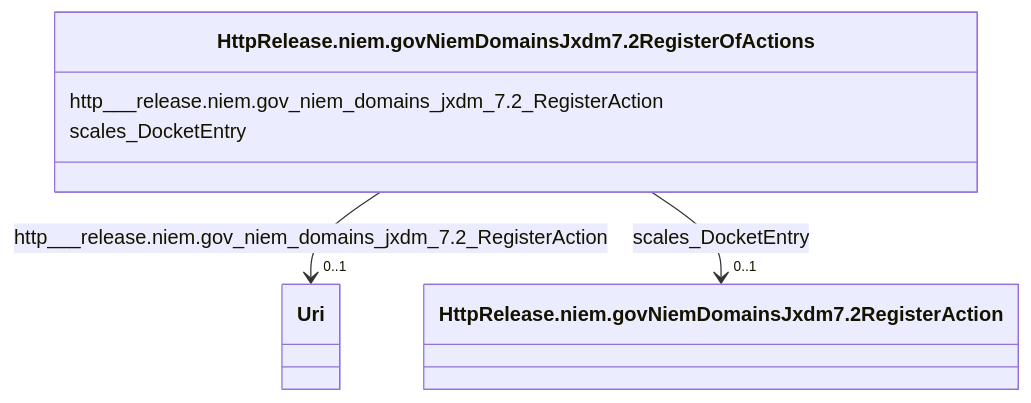
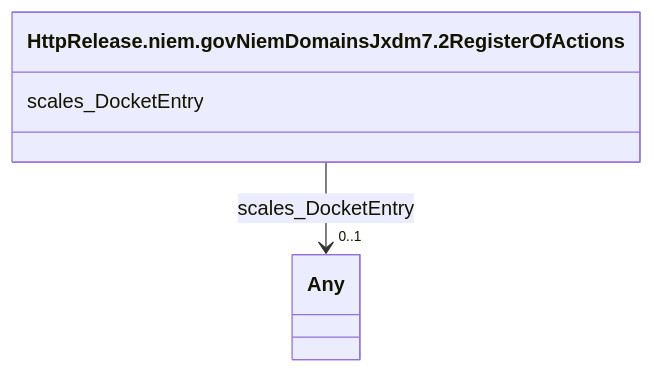
One commit to frink-okn/graph-descriptions changed the diagram in scales-kg/classes/HttpRelease.niem.govNiemDomainsJxdm7.2RegisterOfActions.md. Above: the diagram before and after it, drawn with Mermaid. The commit also changed other lines of this file and 286 other files, not shown here.

````diff
--- a/scales-kg/classes/HttpRelease.niem.govNiemDomainsJxdm7.2RegisterOfActions.md
+++ b/scales-kg/classes/HttpRelease.niem.govNiemDomainsJxdm7.2RegisterOfActions.md
@@ -23,24 +23,15 @@
 ```mermaid
  classDiagram
     class HttpRelease.niem.govNiemDomainsJxdm7.2RegisterOfActions
     click HttpRelease.niem.govNiemDomainsJxdm7.2RegisterOfActions href "../HttpRelease.niem.govNiemDomainsJxdm7.2RegisterOfActions"
-      HttpRelease.niem.govNiemDomainsJxdm7.2RegisterOfActions : http___release.niem.gov_niem_domains_jxdm_7.2_RegisterAction
-        
-          
-    
-    
-    HttpRelease.niem.govNiemDomainsJxdm7.2RegisterOfActions --> "0..1" Uri : http___release.niem.gov_niem_domains_jxdm_7.2_RegisterAction
-    click Uri href "../Uri"
-
-        
       HttpRelease.niem.govNiemDomainsJxdm7.2RegisterOfActions : scales_DocketEntry
         
           
     
     
-    HttpRelease.niem.govNiemDomainsJxdm7.2RegisterOfActions --> "0..1" HttpRelease.niem.govNiemDomainsJxdm7.2RegisterAction : scales_DocketEntry
-    click HttpRelease.niem.govNiemDomainsJxdm7.2RegisterAction href "../HttpRelease.niem.govNiemDomainsJxdm7.2RegisterAction"
+    HttpRelease.niem.govNiemDomainsJxdm7.2RegisterOfActions --> "0..1" Any : scales_DocketEntry
+    click Any href "../Any"
 
         
       
 ```
````
